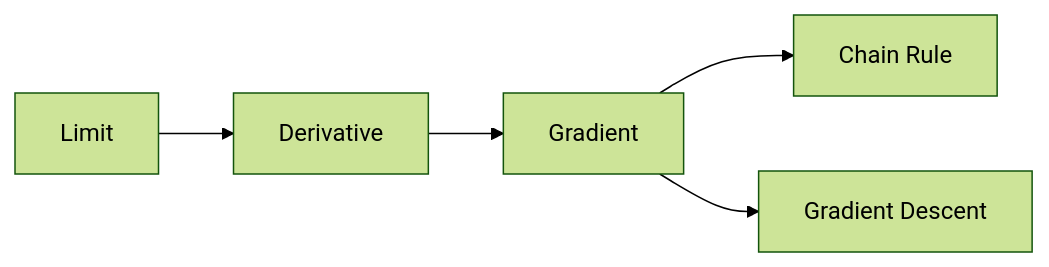
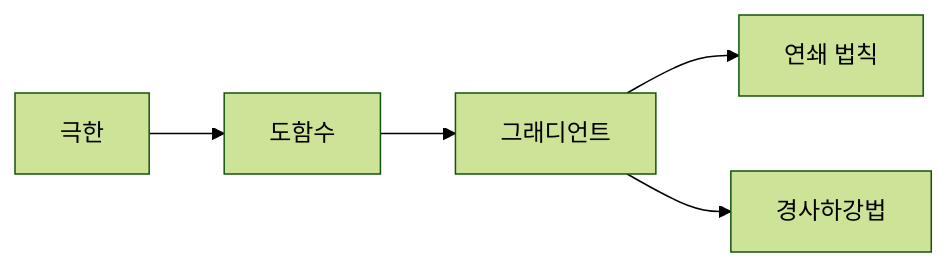
One commit to yeongseon-books/book-content changed the diagram in content/math-for-cs-101/ko/08-calculus.md. Above: the diagram before and after it, drawn with Mermaid (forest theme). The commit also changed other lines of this file and 8 other files, not shown here.

````diff
--- a/content/math-for-cs-101/ko/08-calculus.md
+++ b/content/math-for-cs-101/ko/08-calculus.md
@@ -33,7 +45,7 @@
 ```mermaid
 flowchart LR
-    L[Limit] --> D[Derivative]
-    D --> G[Gradient]
-    G --> C[Chain Rule]
-    G --> X[Gradient Descent]
+    L["극한"] --> D["도함수"]
+    D --> G["그래디언트"]
+    G --> C["연쇄 법칙"]
+    G --> X["경사하강법"]
 ```
````
